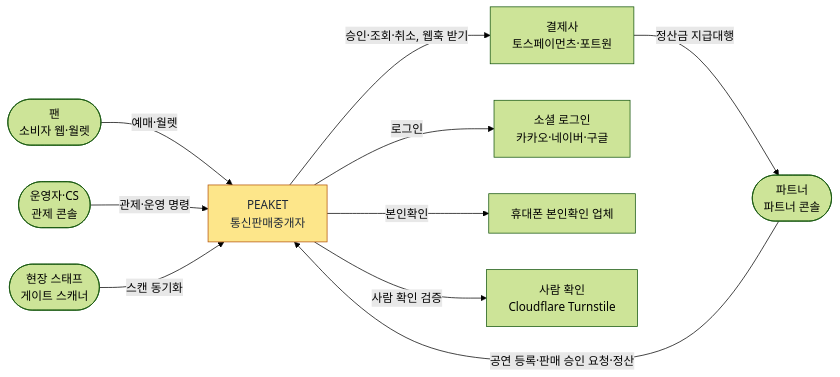
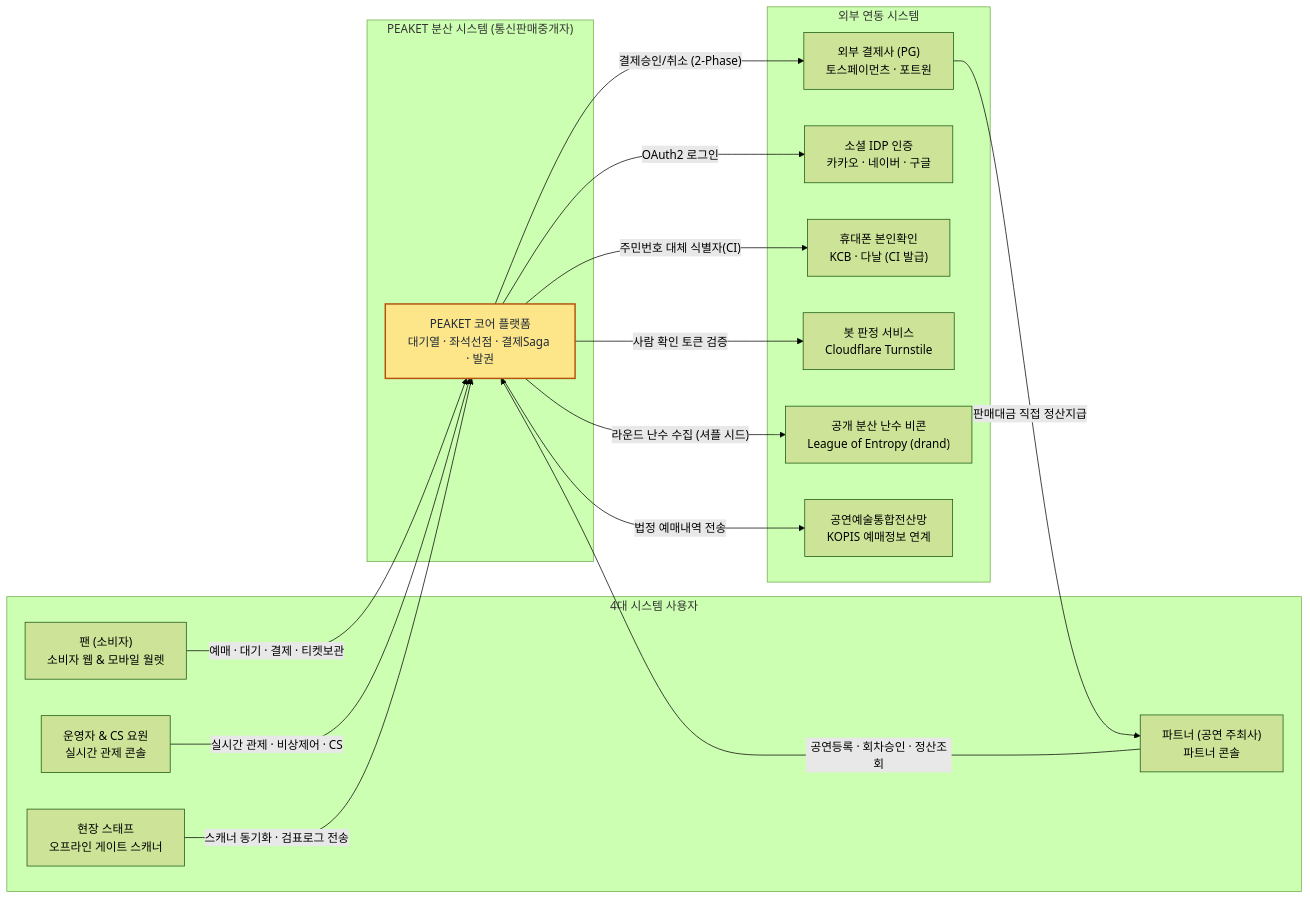
One commit to peaket/peaket changed the first of 18 diagrams in docs/walkthrough/01-system-design.md. Above: the diagram before and after it, drawn with Mermaid (forest theme). The commit also changed other lines of this file and 77 other files, not shown here.

````diff
--- a/docs/walkthrough/01-system-design.md
+++ b/docs/walkthrough/01-system-design.md
@@ -83,22 +107,37 @@
 ```mermaid
 flowchart LR
-    fan(["팬<br/>소비자 웹·월렛"])
-    partner(["파트너<br/>파트너 콘솔"])
-    ops(["운영자·CS<br/>관제 콘솔"])
-    staff(["현장 스태프<br/>게이트 스캐너"])
-    peaket["PEAKET<br/>통신판매중개자"]:::new
-    pg["결제사<br/>토스페이먼츠·포트원"]
-    idp["소셜 로그인<br/>카카오·네이버·구글"]
-    kyc["휴대폰 본인확인 업체"]
-    human["사람 확인<br/>Cloudflare Turnstile"]
-    fan -->|"예매·월렛"| peaket
-    partner -->|"공연 등록·판매 승인 요청·정산"| peaket
-    ops -->|"관제·운영 명령"| peaket
-    staff -->|"스캔 동기화"| peaket
-    peaket -->|"승인·조회·취소, 웹훅 받기"| pg
-    pg -->|"정산금 지급대행"| partner
-    peaket -->|"로그인"| idp
-    peaket -->|"본인확인"| kyc
-    peaket -->|"사람 확인 검증"| human
-    classDef new fill:#fde68a,stroke:#b45309,color:#1f2937
+    subgraph Users["4대 시스템 사용자"]
+        fan["팬 (소비자)<br/>소비자 웹 & 모바일 월렛"]
+        partner["파트너 (공연 주최사)<br/>파트너 콘솔"]
+        ops["운영자 & CS 요원<br/>실시간 관제 콘솔"]
+        staff["현장 스태프<br/>오프라인 게이트 스캐너"]
+    end
+
+    subgraph Core["PEAKET 분산 시스템 (통신판매중개자)"]
+        peaket["PEAKET 코어 플랫폼<br/>대기열 · 좌석선점 · 결제Saga · 발권"]:::coreNode
+    end
+
+    subgraph Externals["외부 연동 시스템"]
+        pg["외부 결제사 (PG)<br/>토스페이먼츠 · 포트원"]
+        idp["소셜 IDP 인증<br/>카카오 · 네이버 · 구글"]
+        kyc["휴대폰 본인확인<br/>KCB · 다날 (CI 발급)"]
+        turnstile["봇 판정 서비스<br/>Cloudflare Turnstile"]
+        drand["공개 분산 난수 비콘<br/>League of Entropy (drand)"]
+        kopis["공연예술통합전산망<br/>KOPIS 예매정보 연계"]
+    end
+
+    fan -->|"예매 · 대기 · 결제 · 티켓보관"| peaket
+    partner -->|"공연등록 · 회차승인 · 정산조회"| peaket
+    ops -->|"실시간 관제 · 비상제어 · CS"| peaket
+    staff -->|"스캐너 동기화 · 검표로그 전송"| peaket
+
+    peaket -->|"결제승인/취소 (2-Phase)"| pg
+    pg -->|"판매대금 직접 정산지급"| partner
+    peaket -->|"OAuth2 로그인"| idp
+    peaket -->|"주민번호 대체 식별자(CI)"| kyc
+    peaket -->|"사람 확인 토큰 검증"| turnstile
+    peaket -->|"라운드 난수 수집 (셔플 시드)"| drand
+    peaket -->|"법정 예매내역 전송"| kopis
+
+    classDef coreNode fill:#fde68a,stroke:#b45309,stroke-width:2px,color:#1f2937
 ```
````
